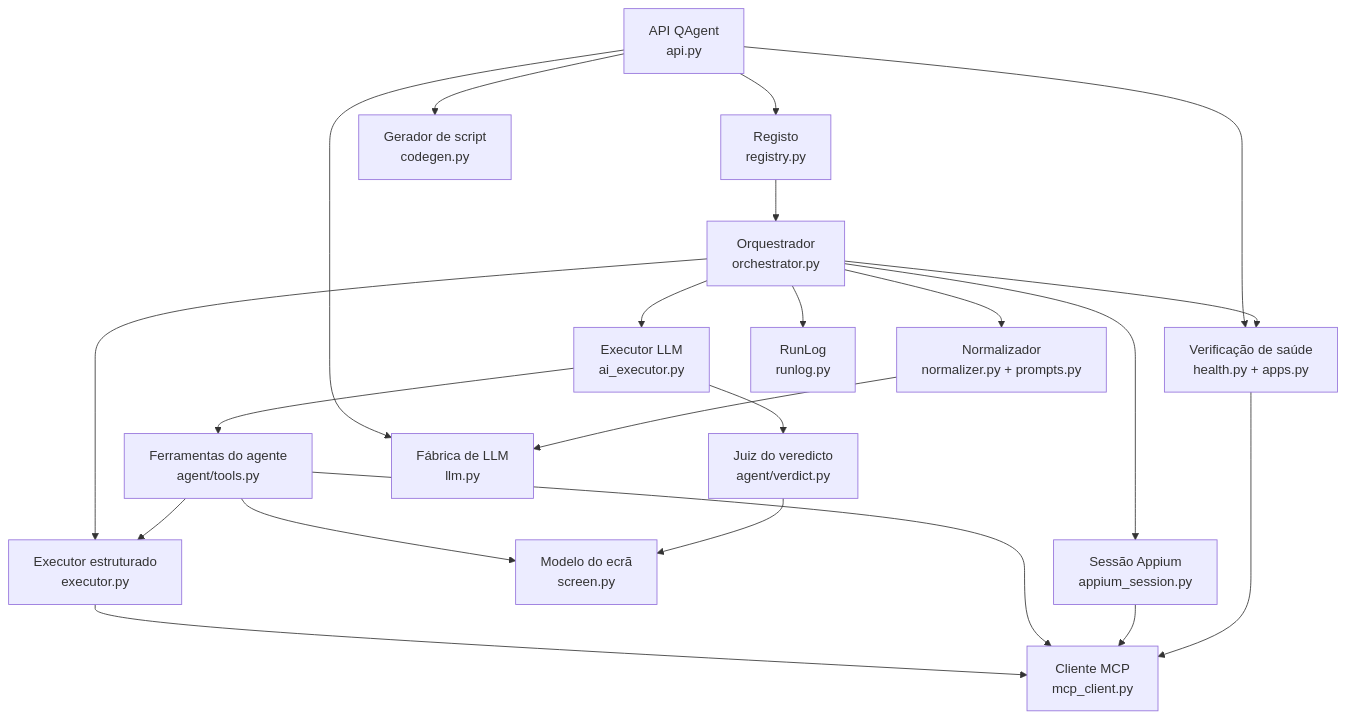
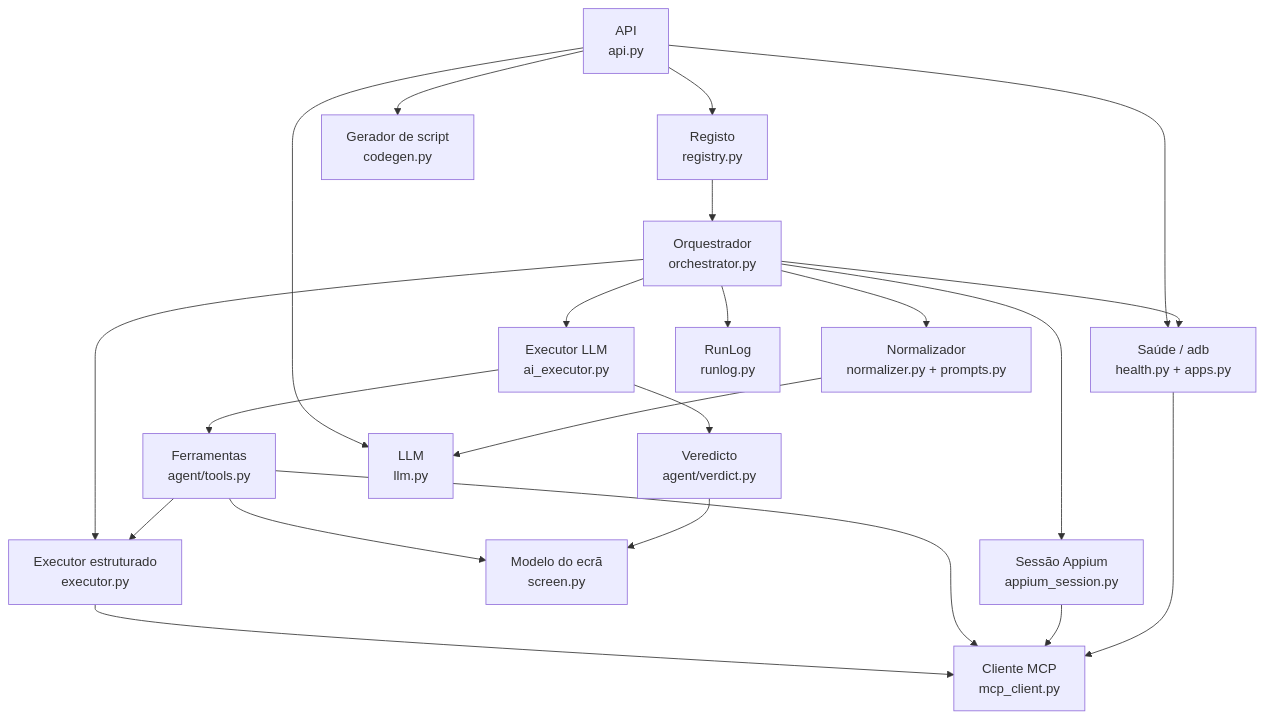
One commit to rualteixeira/QAgent changed the first of 4 diagrams in docs/ARQUITETURA.md. Above: the diagram before and after it, drawn with Mermaid. The commit also changed other lines of this file, not shown here.

````diff
--- a/docs/ARQUITETURA.md
+++ b/docs/ARQUITETURA.md
@@ -426,33 +243,33 @@
 ```mermaid
 flowchart TB
-    API["API QAgent<br/>api.py"]
+    API["API<br/>api.py"]
     REG["Registo<br/>registry.py"]
     ORQ["Orquestrador<br/>orchestrator.py"]
     NOR["Normalizador<br/>normalizer.py + prompts.py"]
     EST["Executor estruturado<br/>executor.py"]
     ELLM["Executor LLM<br/>ai_executor.py"]
-    TOOLS["Ferramentas do agente<br/>agent/tools.py"]
-    JUIZ["Juiz do veredicto<br/>agent/verdict.py"]
+    TOOLS["Ferramentas<br/>agent/tools.py"]
+    JUIZ["Veredicto<br/>agent/verdict.py"]
     SCR["Modelo do ecrã<br/>screen.py"]
     MCPC["Cliente MCP<br/>mcp_client.py"]
     SESS["Sessão Appium<br/>appium_session.py"]
-    HEALTH["Verificação de saúde<br/>health.py + apps.py"]
-    FAB["Fábrica de LLM<br/>llm.py"]
+    HEALTH["Saúde / adb<br/>health.py + apps.py"]
+    FAB["LLM<br/>llm.py"]
     GEN["Gerador de script<br/>codegen.py"]
     LOG["RunLog<br/>runlog.py"]
 
     API --> REG --> ORQ
     API --> HEALTH
     API --> GEN
     API --> FAB
     ORQ --> NOR --> FAB
     ORQ --> EST --> MCPC
     ORQ --> ELLM --> TOOLS --> SCR
     ELLM --> JUIZ --> SCR
     TOOLS --> EST
     TOOLS --> MCPC
     ORQ --> SESS --> MCPC
     ORQ --> HEALTH
     ORQ --> LOG
     HEALTH --> MCPC
 ```
````
